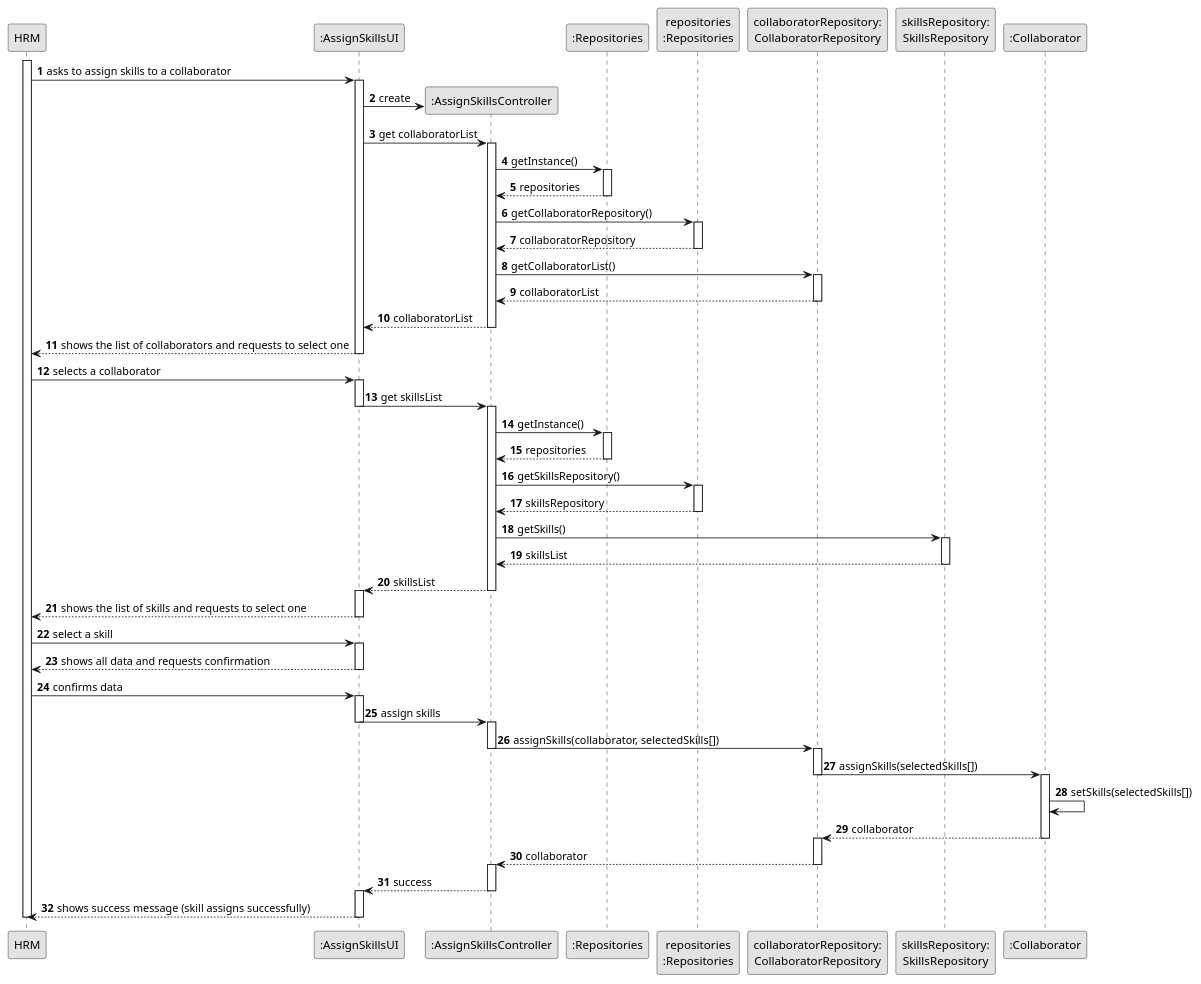
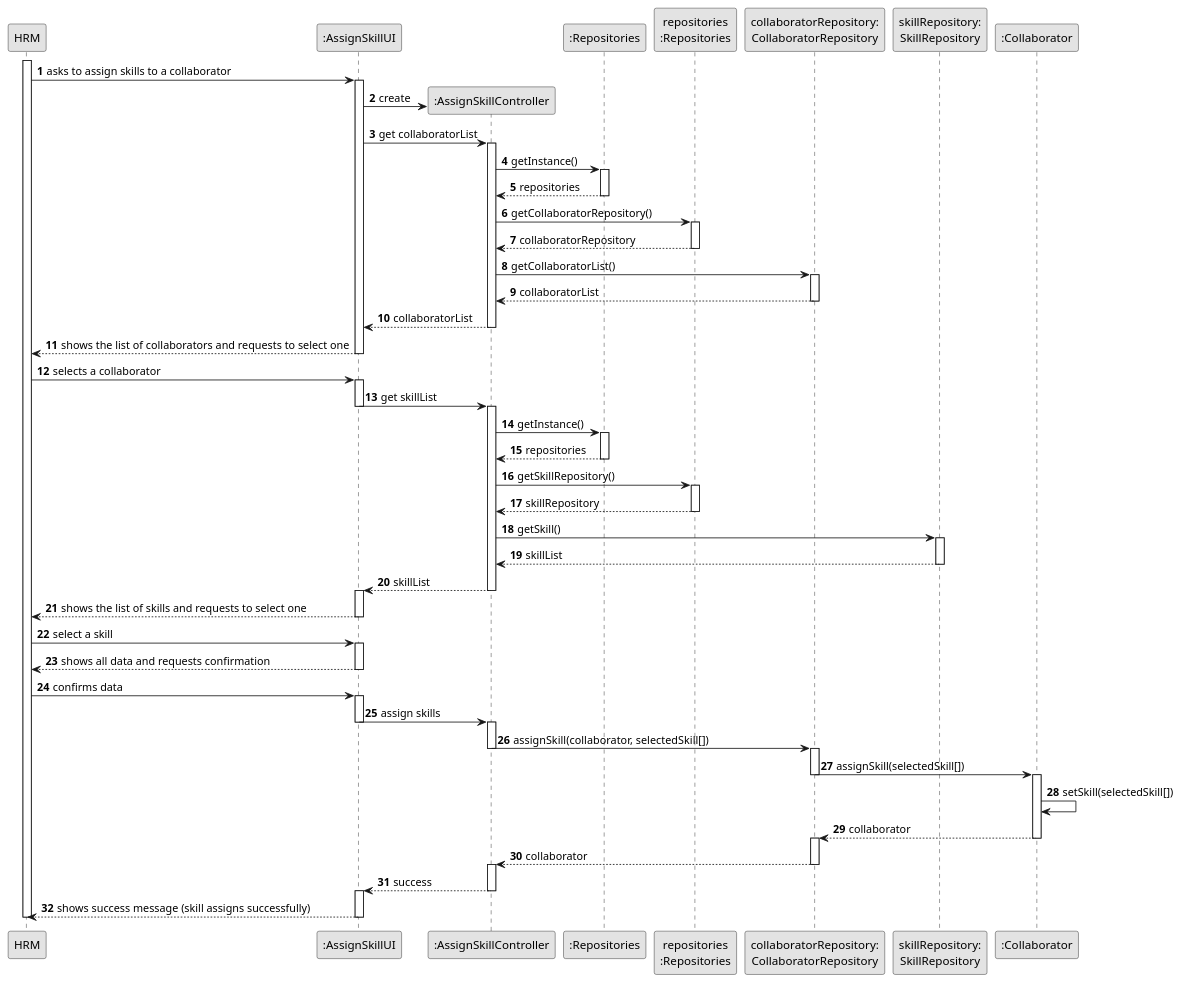
The diagram in docs/sprintB/us004/03.design/puml/us004-sequence-diagram-full.puml (ricardomm7/leaflink), drawn with PlantUML before and after one commit. The commit also changed 10 other files, not shown here.

```diff
--- a/docs/sprintB/us004/03.design/puml/us004-sequence-diagram-full.puml
+++ b/docs/sprintB/us004/03.design/puml/us004-sequence-diagram-full.puml
@@ -1,113 +1,113 @@
 @startuml
 skinparam monochrome true
 skinparam packageStyle rectangle
 skinparam shadowing false
 
 autonumber
 
 participant "HRM" as HRM
-participant ":AssignSkillsUI" as UI
-participant ":AssignSkillsController" as CTRL
+participant ":AssignSkillUI" as UI
+participant ":AssignSkillController" as CTRL
 participant ":Repositories" as GlobRepo
 participant "repositories\n:Repositories" as PLAT
 participant "collaboratorRepository:\nCollaboratorRepository" as CLBREP
-participant "skillsRepository:\nSkillsRepository" as skillsRepository
+participant "skillRepository:\nSkillRepository" as skillRepository
 participant ":Collaborator" as CLB
 
 
 activate HRM
 HRM -> UI : asks to assign skills to a collaborator
 activate UI
 UI -> CTRL** : create
 
 UI -> CTRL: get collaboratorList
 activate CTRL
 
 CTRL -> GlobRepo : getInstance()
 activate GlobRepo
 GlobRepo --> CTRL : repositories
 deactivate GlobRepo
 CTRL -> PLAT : getCollaboratorRepository()
 activate PLAT
 PLAT -->  CTRL: collaboratorRepository
 deactivate PLAT
 
 CTRL -> CLBREP : getCollaboratorList()
 activate CLBREP
 CLBREP --> CTRL : collaboratorList
 deactivate CLBREP
 CTRL --> UI : collaboratorList
 deactivate CTRL
 UI --> HRM : shows the list of collaborators and requests to select one
 deactivate UI
 
 HRM -> UI : selects a collaborator
 activate UI
 
-UI -> CTRL : get skillsList
+UI -> CTRL : get skillList
 deactivate UI
 activate CTRL
 
 CTRL -> GlobRepo : getInstance()
 activate GlobRepo
 
 GlobRepo --> CTRL : repositories
 deactivate GlobRepo
 
-CTRL -> PLAT : getSkillsRepository()
+CTRL -> PLAT : getSkillRepository()
 activate PLAT
 
-PLAT -->  CTRL: skillsRepository
+PLAT -->  CTRL: skillRepository
 deactivate PLAT
 
-CTRL -> skillsRepository : getSkills()
-activate skillsRepository
+CTRL -> skillRepository : getSkill()
+activate skillRepository
 
-skillsRepository --> CTRL : skillsList
-deactivate skillsRepository
+skillRepository --> CTRL : skillList
+deactivate skillRepository
 
-CTRL --> UI : skillsList
+CTRL --> UI : skillList
 deactivate CTRL
 activate UI
 
 UI --> HRM : shows the list of skills and requests to select one
 deactivate UI
 
 HRM -> UI : select a skill
 activate UI
 
 UI --> HRM: shows all data and requests confirmation
 deactivate UI
 
 HRM -> UI: confirms data
 activate UI
 
 UI -> CTRL : assign skills
 deactivate UI
 activate CTRL
 
 
-CTRL -> CLBREP : assignSkills(collaborator, selectedSkills[])
+CTRL -> CLBREP : assignSkill(collaborator, selectedSkill[])
 deactivate CTRL
 
 activate CLBREP
-CLBREP -> CLB : assignSkills(selectedSkills[])
+CLBREP -> CLB : assignSkill(selectedSkill[])
 deactivate CLBREP
 activate CLB
 
-CLB -> CLB : setSkills(selectedSkills[])
+CLB -> CLB : setSkill(selectedSkill[])
 
 CLB --> CLBREP : collaborator
 deactivate CLB
 activate CLBREP
 
 CLBREP --> CTRL : collaborator
 deactivate CLBREP
 activate CTRL
 CTRL --> UI : success
 deactivate CTRL
 activate UI
 UI --> HRM : shows success message (skill assigns successfully)
 deactivate UI
 deactivate HRM
 @enduml
```
